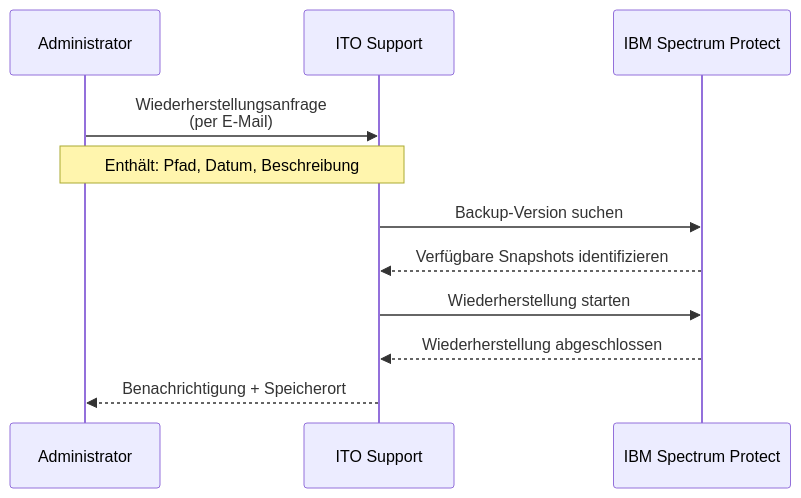
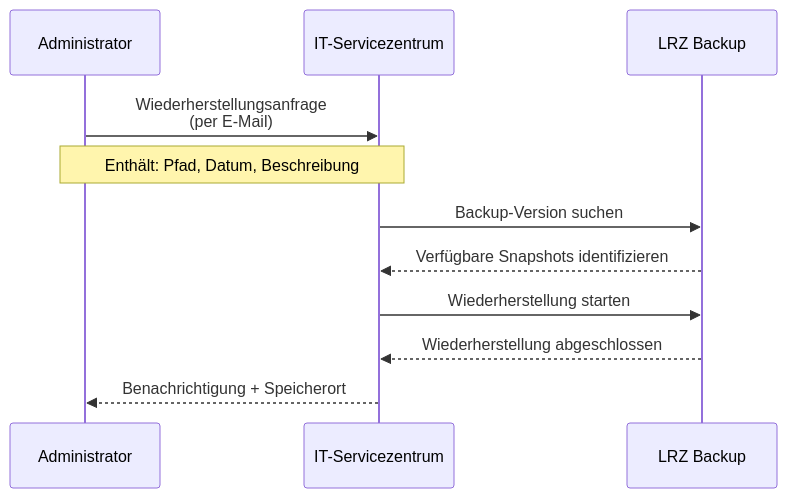
The fourth of 5 diagrams in de/chapters/06-speicher-backup.qmd (jtimo/tum-ito-admin-guide), drawn with Mermaid before and after one commit. The commit also changed other lines of this file and 21 other files, not shown here.

````diff
--- a/de/chapters/06-speicher-backup.qmd
+++ b/de/chapters/06-speicher-backup.qmd
@@ -161,16 +165,16 @@
 ```{mermaid}
 %%| fig-cap: "Datenwiederherstellungsprozess"
 sequenceDiagram
     participant Admin as Administrator
-    participant ITO as ITO Support
-    participant Backup as IBM Spectrum Protect
+    participant ITSZ as IT-Servicezentrum
+    participant Backup as LRZ Backup
 
-    Admin->>ITO: Wiederherstellungsanfrage<br/>(per E-Mail)
-    Note over Admin,ITO: Enthält: Pfad, Datum, Beschreibung
+    Admin->>ITSZ: Wiederherstellungsanfrage<br/>(per E-Mail)
+    Note over Admin,ITSZ: Enthält: Pfad, Datum, Beschreibung
 
-    ITO->>Backup: Backup-Version suchen
-    Backup-->>ITO: Verfügbare Snapshots identifizieren
-    ITO->>Backup: Wiederherstellung starten
-    Backup-->>ITO: Wiederherstellung abgeschlossen
-    ITO-->>Admin: Benachrichtigung + Speicherort
+    ITSZ->>Backup: Backup-Version suchen
+    Backup-->>ITSZ: Verfügbare Snapshots identifizieren
+    ITSZ->>Backup: Wiederherstellung starten
+    Backup-->>ITSZ: Wiederherstellung abgeschlossen
+    ITSZ-->>Admin: Benachrichtigung + Speicherort
 ```
````
